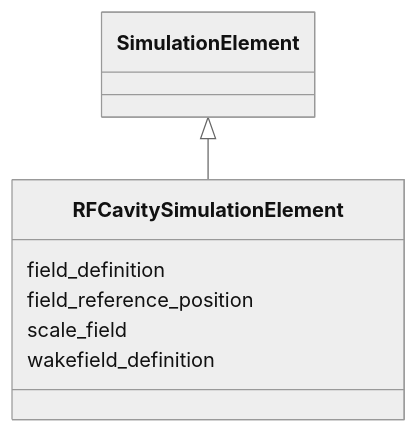
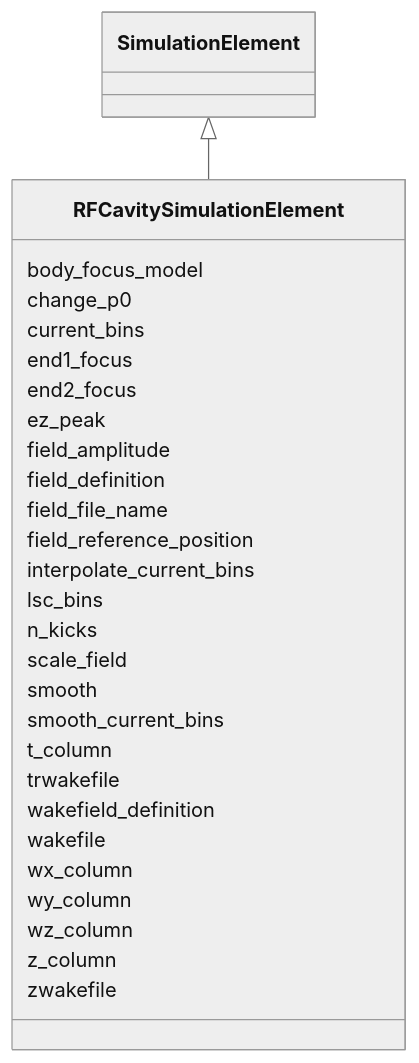
Before and after one commit to astec-stfc/laura: the diagram in docs/source/schema/RFCavitySimulationElement.md, drawn with Mermaid (neutral theme). The commit also changed other lines of this file and 330 other files, not shown here.

Commit message:
Rationalising the schema and objects

````diff
--- a/docs/source/schema/RFCavitySimulationElement.md
+++ b/docs/source/schema/RFCavitySimulationElement.md
@@ -23,17 +23,59 @@
 ```mermaid
  classDiagram
     class RFCavitySimulationElement
     click RFCavitySimulationElement href "../RFCavitySimulationElement/"
       SimulationElement <|-- RFCavitySimulationElement
         click SimulationElement href "../SimulationElement/"
       
+      RFCavitySimulationElement : body_focus_model
+        
+      RFCavitySimulationElement : change_p0
+        
+      RFCavitySimulationElement : current_bins
+        
+      RFCavitySimulationElement : end1_focus
+        
+      RFCavitySimulationElement : end2_focus
+        
+      RFCavitySimulationElement : ez_peak
+        
+      RFCavitySimulationElement : field_amplitude
+        
       RFCavitySimulationElement : field_definition
+        
+      RFCavitySimulationElement : field_file_name
         
       RFCavitySimulationElement : field_reference_position
         
+      RFCavitySimulationElement : interpolate_current_bins
+        
+      RFCavitySimulationElement : lsc_bins
+        
+      RFCavitySimulationElement : n_kicks
+        
       RFCavitySimulationElement : scale_field
+        
+      RFCavitySimulationElement : smooth
+        
+      RFCavitySimulationElement : smooth_current_bins
+        
+      RFCavitySimulationElement : t_column
+        
+      RFCavitySimulationElement : trwakefile
         
       RFCavitySimulationElement : wakefield_definition
         
+      RFCavitySimulationElement : wakefile
+        
+      RFCavitySimulationElement : wx_column
+        
+      RFCavitySimulationElement : wy_column
+        
+      RFCavitySimulationElement : wz_column
+        
+      RFCavitySimulationElement : z_column
+        
+      RFCavitySimulationElement : zwakefile
+        
       
 ```
````
